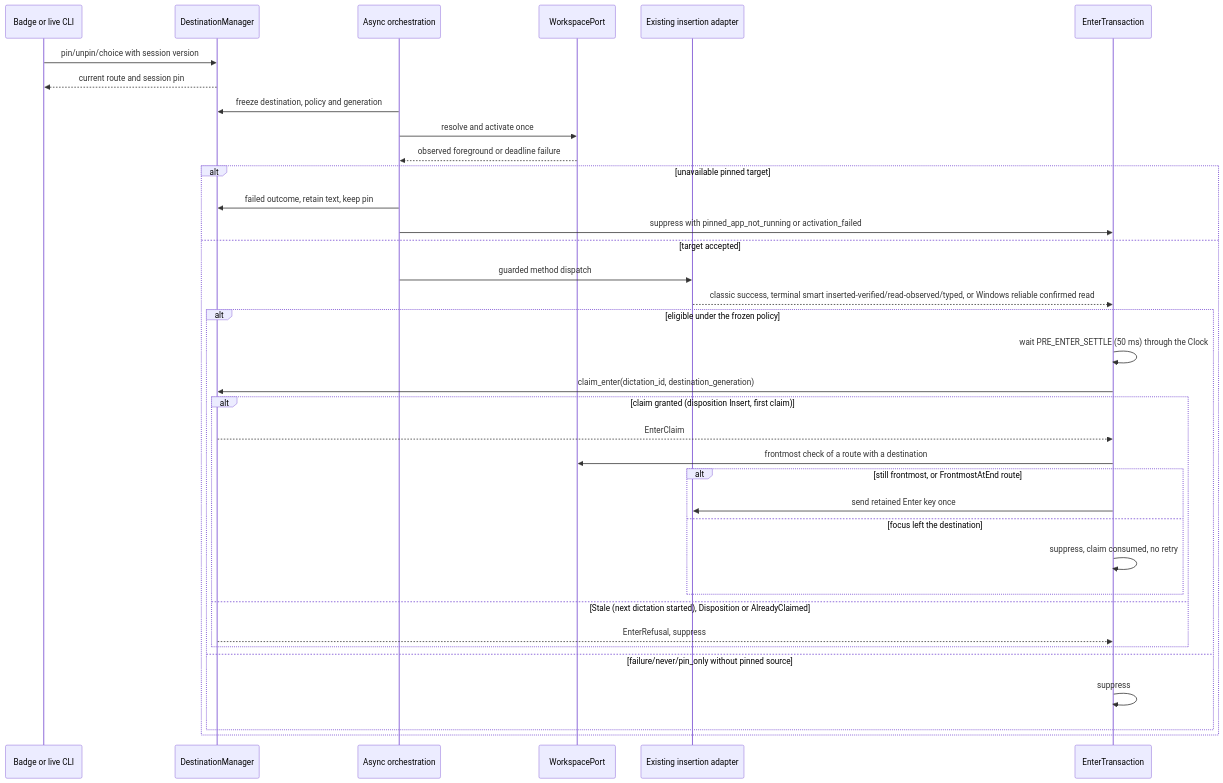
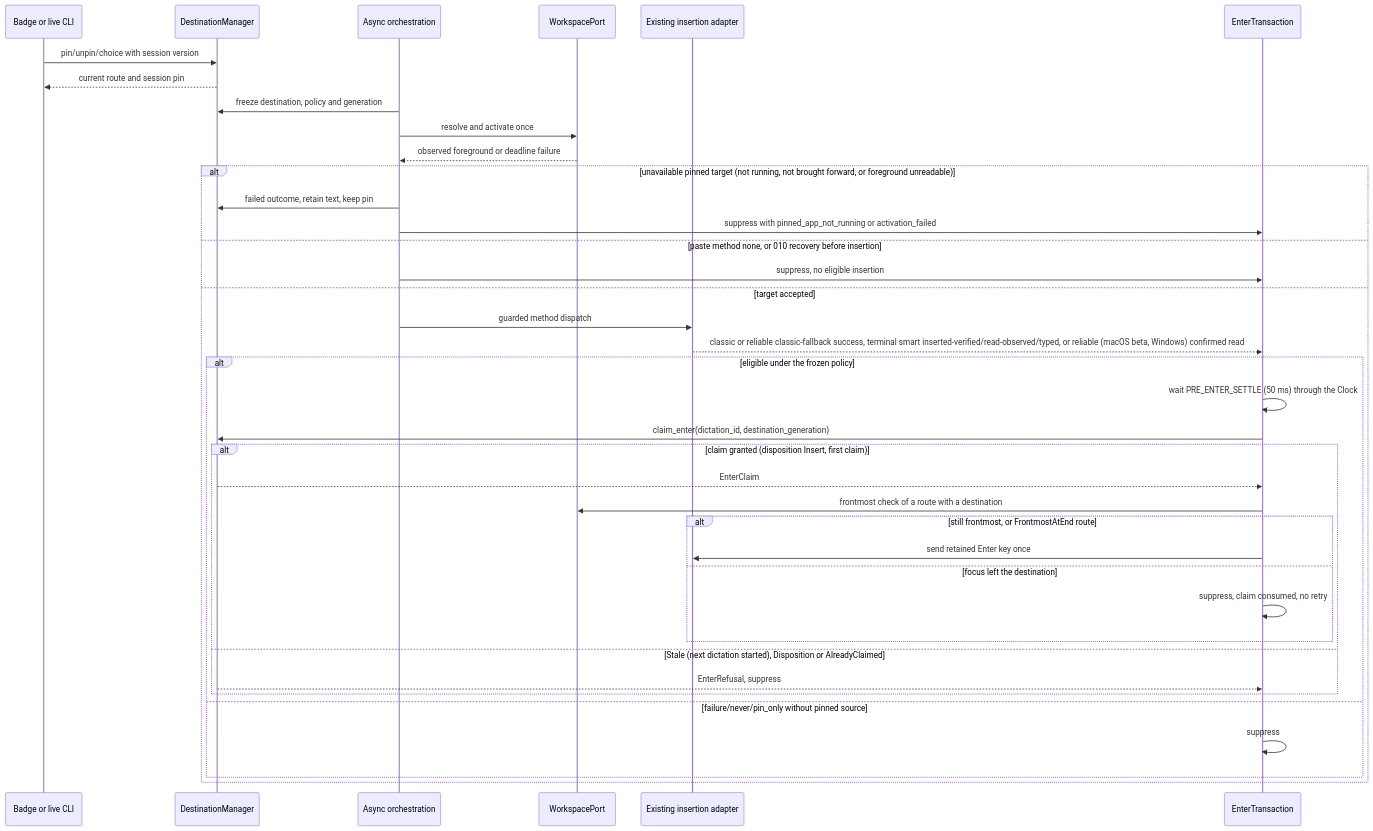
Before and after one commit to julien-m/handy: the first of 4 diagrams in .specs/features/009-pin-mode-and-enter-rule/plan.md, drawn with Mermaid. The commit also changed other lines of this file and 2 other files, not shown here.

````diff
--- a/.specs/features/009-pin-mode-and-enter-rule/plan.md
+++ b/.specs/features/009-pin-mode-and-enter-rule/plan.md
@@ -226,38 +223,40 @@
 ```mermaid
 sequenceDiagram
   participant UI as Badge or live CLI
   participant Manager as DestinationManager
   participant Worker as Async orchestration
   participant OS as WorkspacePort
   participant Paste as Existing insertion adapter
   participant Enter as EnterTransaction
   UI->>Manager: pin/unpin/choice with session version
   Manager-->>UI: current route and session pin
   Worker->>Manager: freeze destination, policy and generation
   Worker->>OS: resolve and activate once
   OS-->>Worker: observed foreground or deadline failure
-  alt unavailable pinned target
+  alt unavailable pinned target (not running, not brought forward, or foreground unreadable)
     Worker->>Manager: failed outcome, retain text, keep pin
     Worker->>Enter: suppress with pinned_app_not_running or activation_failed
+  else paste method none, or 010 recovery before insertion
+    Worker->>Enter: suppress, no eligible insertion
   else target accepted
     Worker->>Paste: guarded method dispatch
-    Paste-->>Enter: classic success, terminal smart inserted-verified/read-observed/typed, or Windows reliable confirmed read
+    Paste-->>Enter: classic or reliable classic-fallback success, terminal smart inserted-verified/read-observed/typed, or reliable (macOS beta, Windows) confirmed read
     alt eligible under the frozen policy
       Enter->>Enter: wait PRE_ENTER_SETTLE (50 ms) through the Clock
       Enter->>Manager: claim_enter(dictation_id, destination_generation)
       alt claim granted (disposition Insert, first claim)
         Manager-->>Enter: EnterClaim
         Enter->>OS: frontmost check of a route with a destination
         alt still frontmost, or FrontmostAtEnd route
           Enter->>Paste: send retained Enter key once
         else focus left the destination
           Enter->>Enter: suppress, claim consumed, no retry
         end
       else Stale (next dictation started), Disposition or AlreadyClaimed
         Manager-->>Enter: EnterRefusal, suppress
       end
     else failure/never/pin_only without pinned source
       Enter->>Enter: suppress
     end
   end
 ```
````
